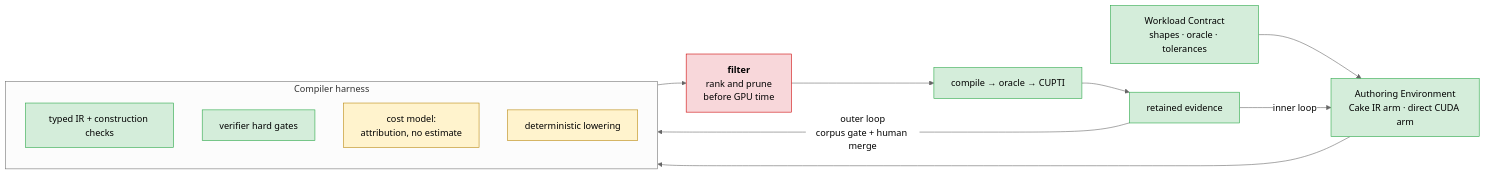
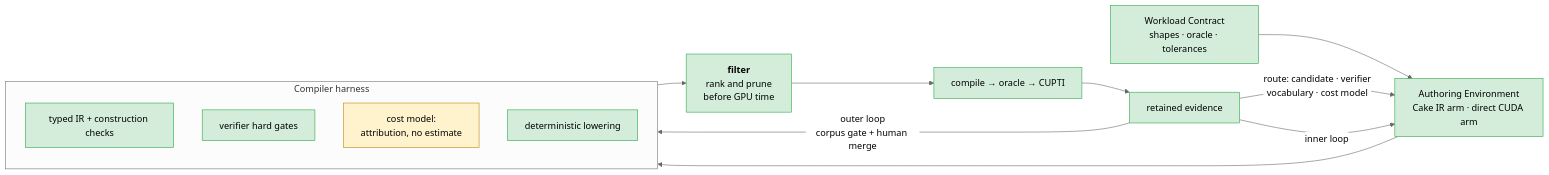
One commit to qhy991/open-cake-ir changed the seventh of 7 diagrams in docs/ARCHITECTURE.md. Above: the diagram before and after it, drawn with Mermaid (neutral theme). The commit also changed other lines of this file, not shown here.

First line of the commit message:
The architecture map said the filter stage was absent

````diff
--- a/docs/ARCHITECTURE.md
+++ b/docs/ARCHITECTURE.md
@@ -230,29 +230,30 @@
 ```mermaid
 graph LR
     W["Workload Contract<br/>shapes · oracle · tolerances"] --> AE
     AE["Authoring Environment<br/>Cake IR arm · direct CUDA arm"] --> CH
 
     subgraph CH["Compiler harness"]
         direction TB
         T1["typed IR + construction checks"]
         T2["verifier hard gates"]
         T3["cost model:<br/>attribution, no estimate"]
         T4["deterministic lowering"]
     end
 
     CH --> FIL["<b>filter</b><br/>rank and prune<br/>before GPU time"]
+    EVD -->|"route: candidate · verifier<br/>vocabulary · cost model"| AE
     FIL --> EX["compile → oracle → CUPTI"]
     EX --> EVD["retained evidence"]
     EVD -->|inner loop| AE
     EVD -->|"outer loop<br/>corpus gate + human merge"| CH
 
     style T1 fill:#d4edda,stroke:#28a745
     style T2 fill:#d4edda,stroke:#28a745
-    style T4 fill:#fff3cd,stroke:#b8860b
+    style T4 fill:#d4edda,stroke:#28a745
     style T3 fill:#fff3cd,stroke:#b8860b
-    style FIL fill:#f8d7da,stroke:#c00
+    style FIL fill:#d4edda,stroke:#28a745
     style W fill:#d4edda,stroke:#28a745
     style AE fill:#d4edda,stroke:#28a745
     style EX fill:#d4edda,stroke:#28a745
     style EVD fill:#d4edda,stroke:#28a745
 ```
````
